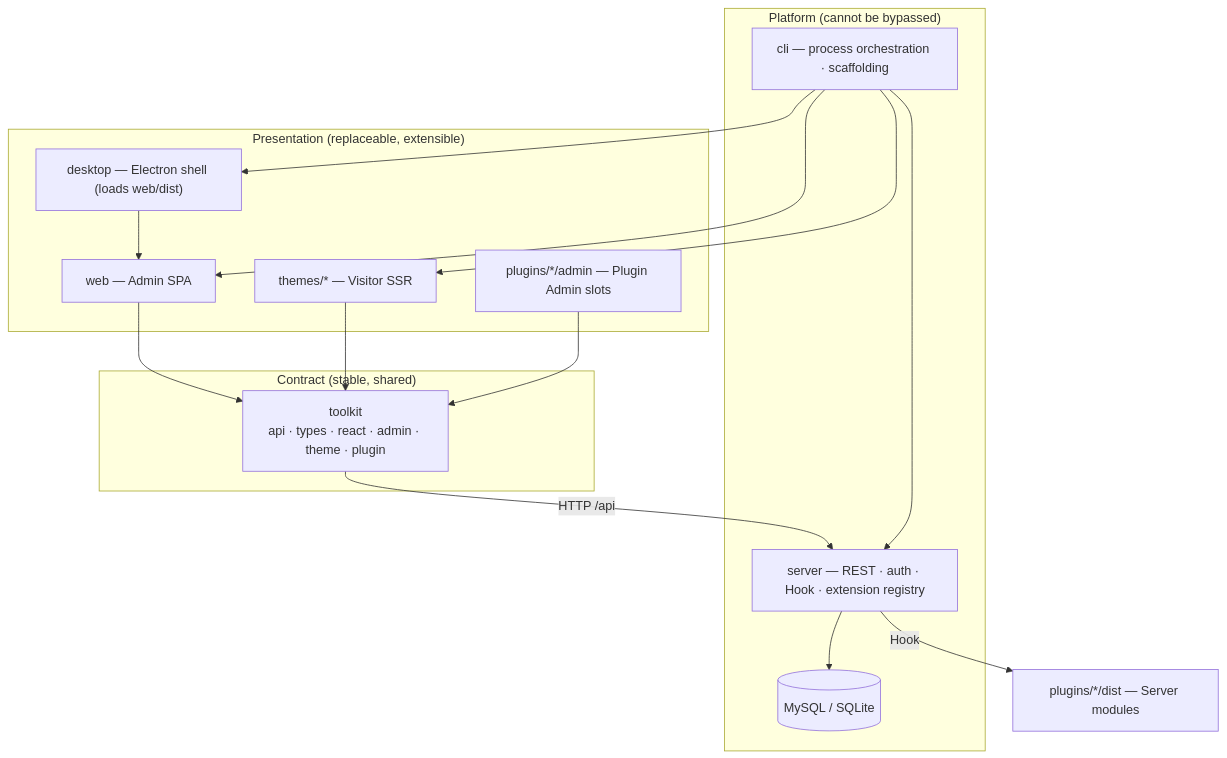
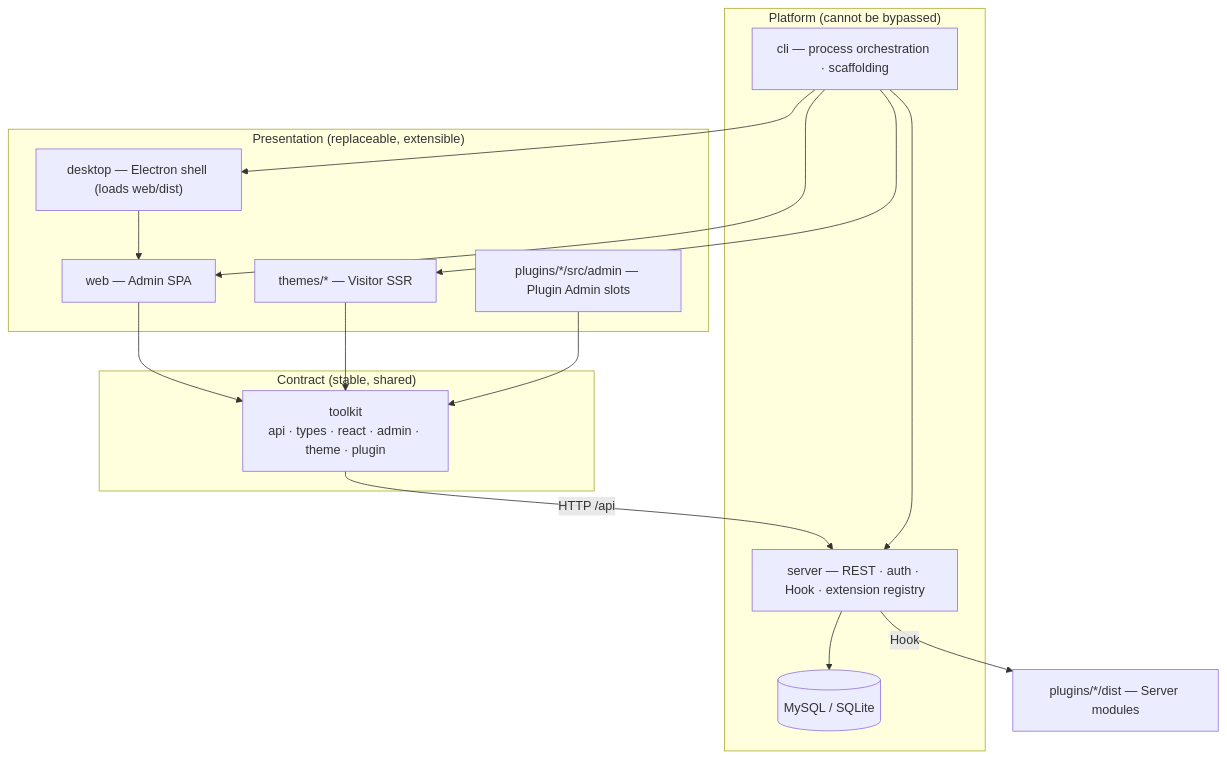
The first of 8 diagrams in ARCHITECTURE.md (fecommunity/reactpress), drawn with Mermaid before and after one commit. The commit also changed other lines of this file and 53 other files, not shown here.

````diff
--- a/ARCHITECTURE.md
+++ b/ARCHITECTURE.md
@@ -64,31 +64,31 @@
 ```mermaid
 flowchart TB
   subgraph Presentation["Presentation (replaceable, extensible)"]
     Web["web — Admin SPA"]
     Desktop["desktop — Electron shell (loads web/dist)"]
     Theme["themes/* — Visitor SSR"]
-    PluginUI["plugins/*/admin — Plugin Admin slots"]
+    PluginUI["plugins/*/src/admin — Plugin Admin slots"]
   end
 
   subgraph Contract["Contract (stable, shared)"]
     Toolkit["toolkit<br/>api · types · react · admin · theme · plugin"]
   end
 
   subgraph Platform["Platform (cannot be bypassed)"]
     Server["server — REST · auth · Hook · extension registry"]
     CLI["cli — process orchestration · scaffolding"]
     DB[(MySQL / SQLite)]
   end
 
   Web --> Toolkit
   Desktop --> Web
   Theme --> Toolkit
   PluginUI --> Toolkit
   Toolkit -->|HTTP /api| Server
   Server -->|Hook| PluginServer["plugins/*/dist — Server modules"]
   Server --> DB
   CLI --> Web
   CLI --> Theme
   CLI --> Server
   CLI --> Desktop
 ```
````
